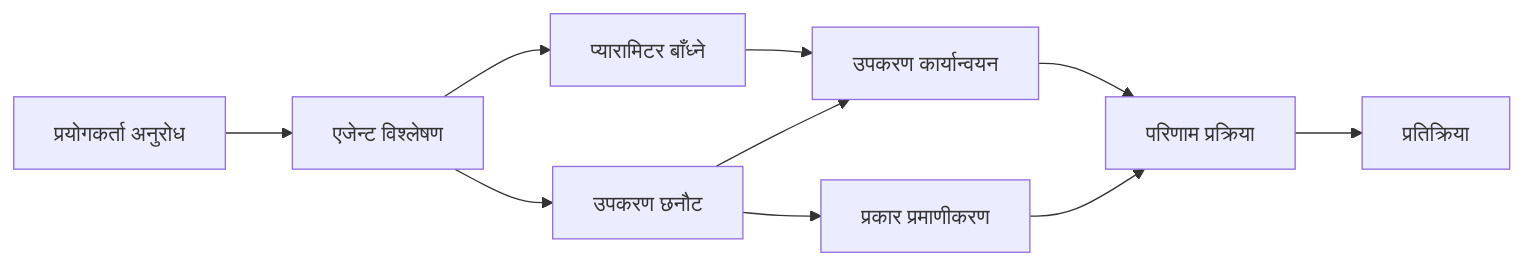
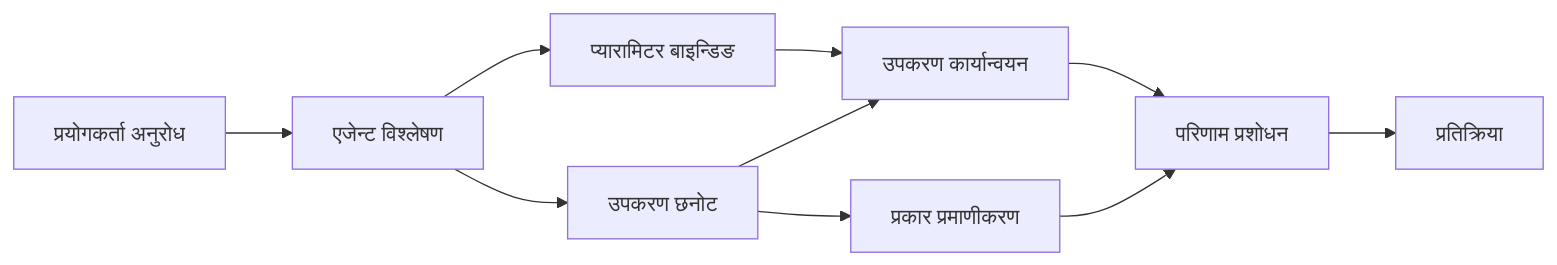
One commit to venturemavenwill/azureaifundamentals changed the diagram in translations/ne/04-tool-use/code_samples/04-dotnet-agent-framework.md. Above: the diagram before and after it, drawn with Mermaid. The commit also changed other lines of this file and 2002 other files, not shown here.

````diff
--- a/translations/ne/04-tool-use/code_samples/04-dotnet-agent-framework.md
+++ b/translations/ne/04-tool-use/code_samples/04-dotnet-agent-framework.md
@@ -40,12 +40,12 @@
 ```mermaid
 graph LR
     A[प्रयोगकर्ता अनुरोध] --> B[एजेन्ट विश्लेषण]
-    B --> C[उपकरण छनौट]
+    B --> C[उपकरण छनोट]
     C --> D[प्रकार प्रमाणीकरण]
-    B --> E[प्यारामिटर बाँध्ने]
+    B --> E[प्यारामिटर बाइन्डिङ]
     E --> F[उपकरण कार्यान्वयन]
     C --> F
-    F --> G[परिणाम प्रक्रिया]
+    F --> G[परिणाम प्रशोधन]
     D --> G
     G --> H[प्रतिक्रिया]
 ```
````
